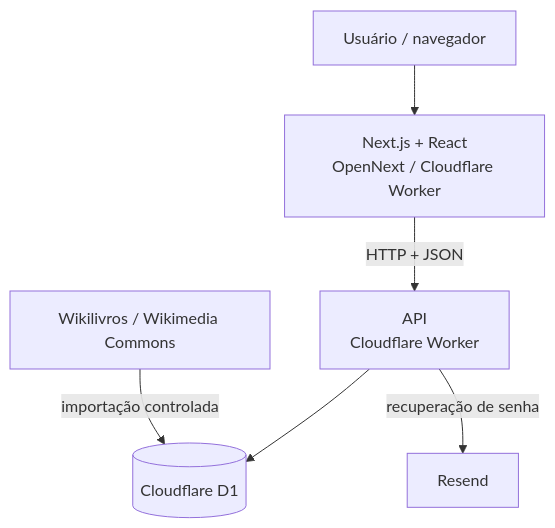
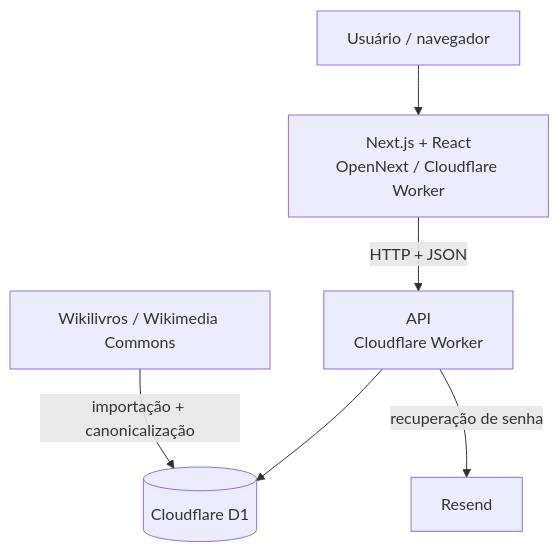
Before and after one commit to pitado/receitando: the first of 3 diagrams in docs/architecture.md, drawn with Mermaid. The commit also changed other lines of this file, not shown here.

````diff
--- a/docs/architecture.md
+++ b/docs/architecture.md
@@ -7,15 +7,15 @@
 ```mermaid
 flowchart TB
     U[Usuário / navegador]
     F[Next.js + React<br/>OpenNext / Cloudflare Worker]
     A[API<br/>Cloudflare Worker]
     D[(Cloudflare D1)]
     E[Resend]
     W[Wikilivros / Wikimedia Commons]
 
     U --> F
     F -->|HTTP + JSON| A
     A --> D
     A -->|recuperação de senha| E
-    W -->|importação controlada| D
+    W -->|importação + canonicalização| D
 ```
````
